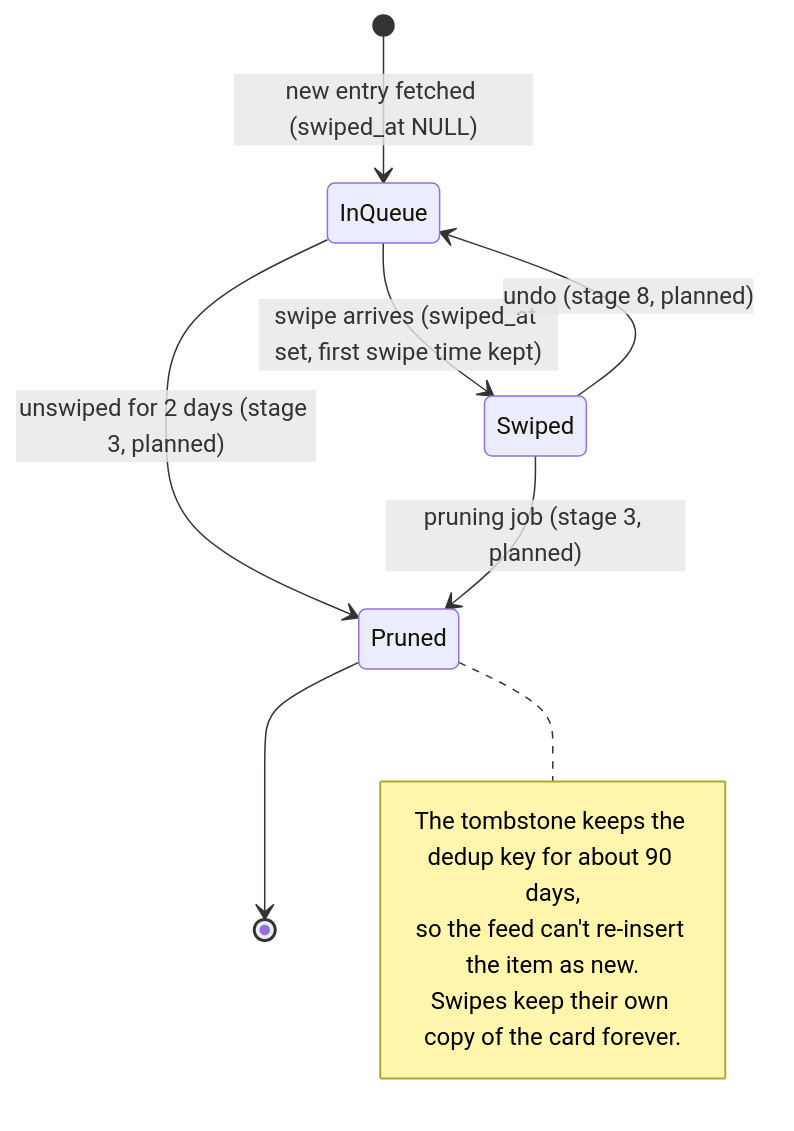
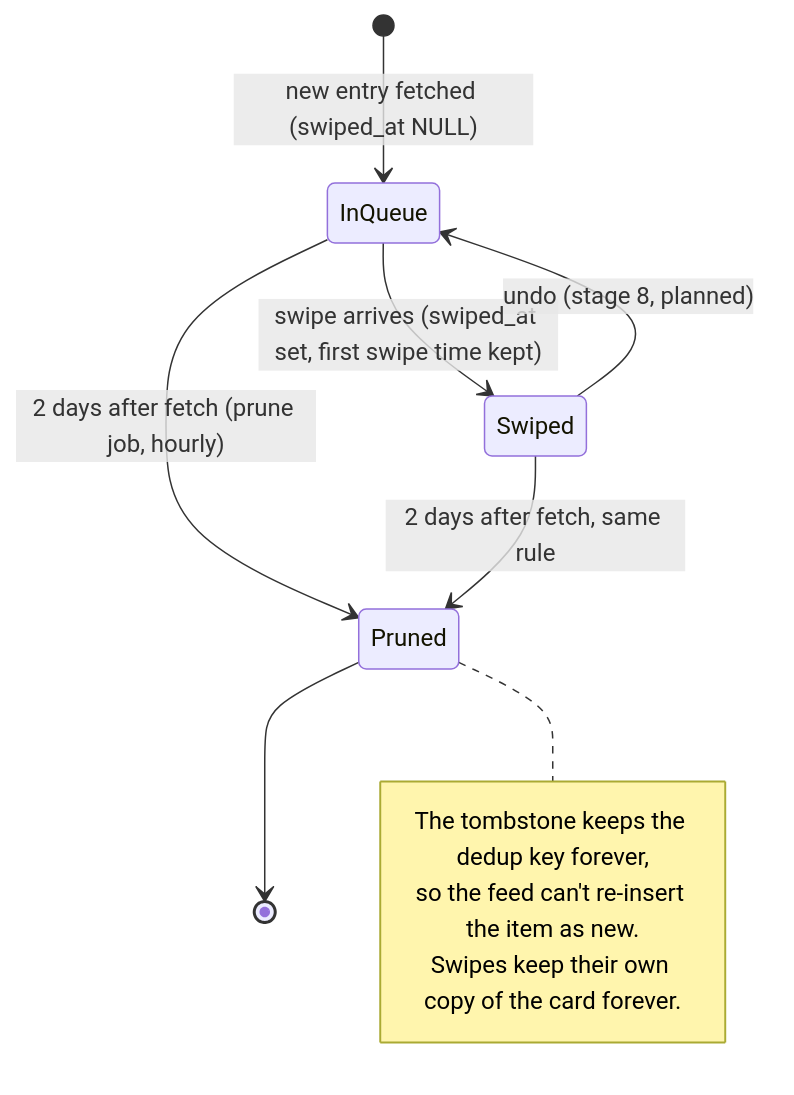
Before and after one commit to shanirub/swipe-rss-reader: diagram 14 of 18 in docs/architecture.md, drawn with Mermaid. The commit also changed other lines of this file and 13 other files, not shown here.

First line of the commit message:
Add the retention job (stage 3), built test-first

````diff
--- a/docs/architecture.md
+++ b/docs/architecture.md
@@ -546,14 +548,14 @@
 ```mermaid
 stateDiagram-v2
     [*] --> InQueue: new entry fetched (swiped_at NULL)
     InQueue --> Swiped: swipe arrives (swiped_at set, first swipe time kept)
     Swiped --> InQueue: undo (stage 8, planned)
-    InQueue --> Pruned: unswiped for 2 days (stage 3, planned)
-    Swiped --> Pruned: pruning job (stage 3, planned)
+    InQueue --> Pruned: 2 days after fetch (prune job, hourly)
+    Swiped --> Pruned: 2 days after fetch, same rule
     Pruned --> [*]
     note right of Pruned
-        The tombstone keeps the dedup key for about 90 days,
+        The tombstone keeps the dedup key forever,
         so the feed can't re-insert the item as new.
         Swipes keep their own copy of the card forever.
     end note
 ```
````
